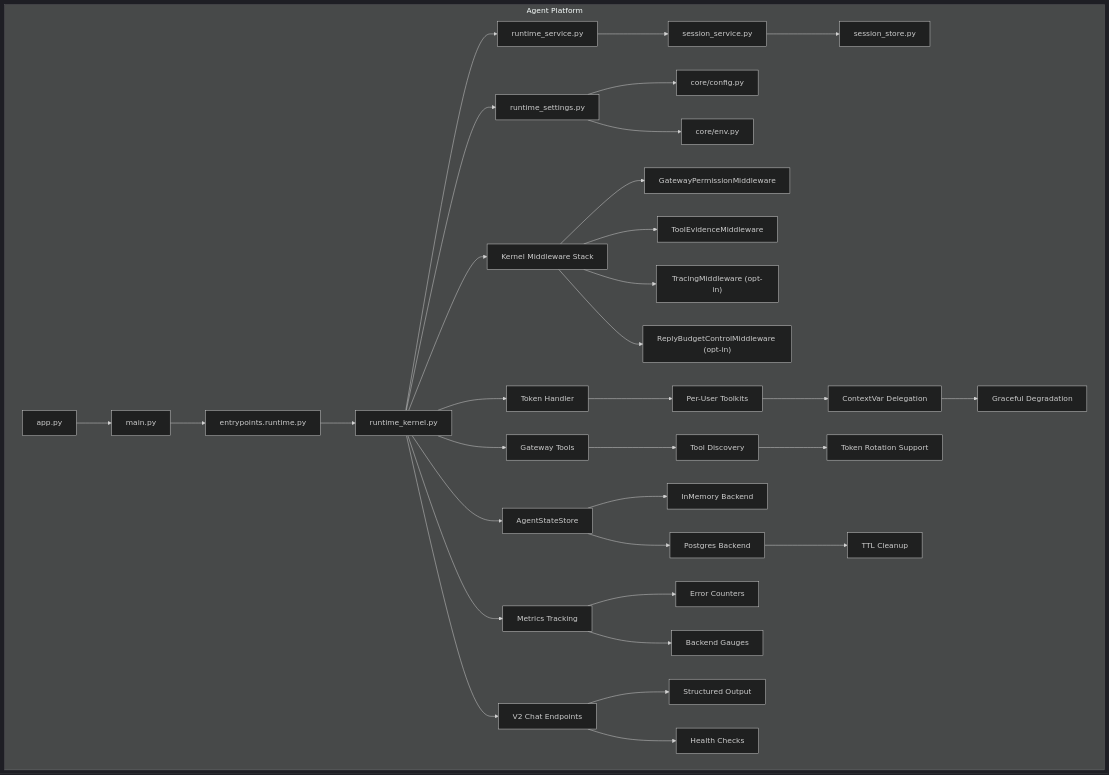
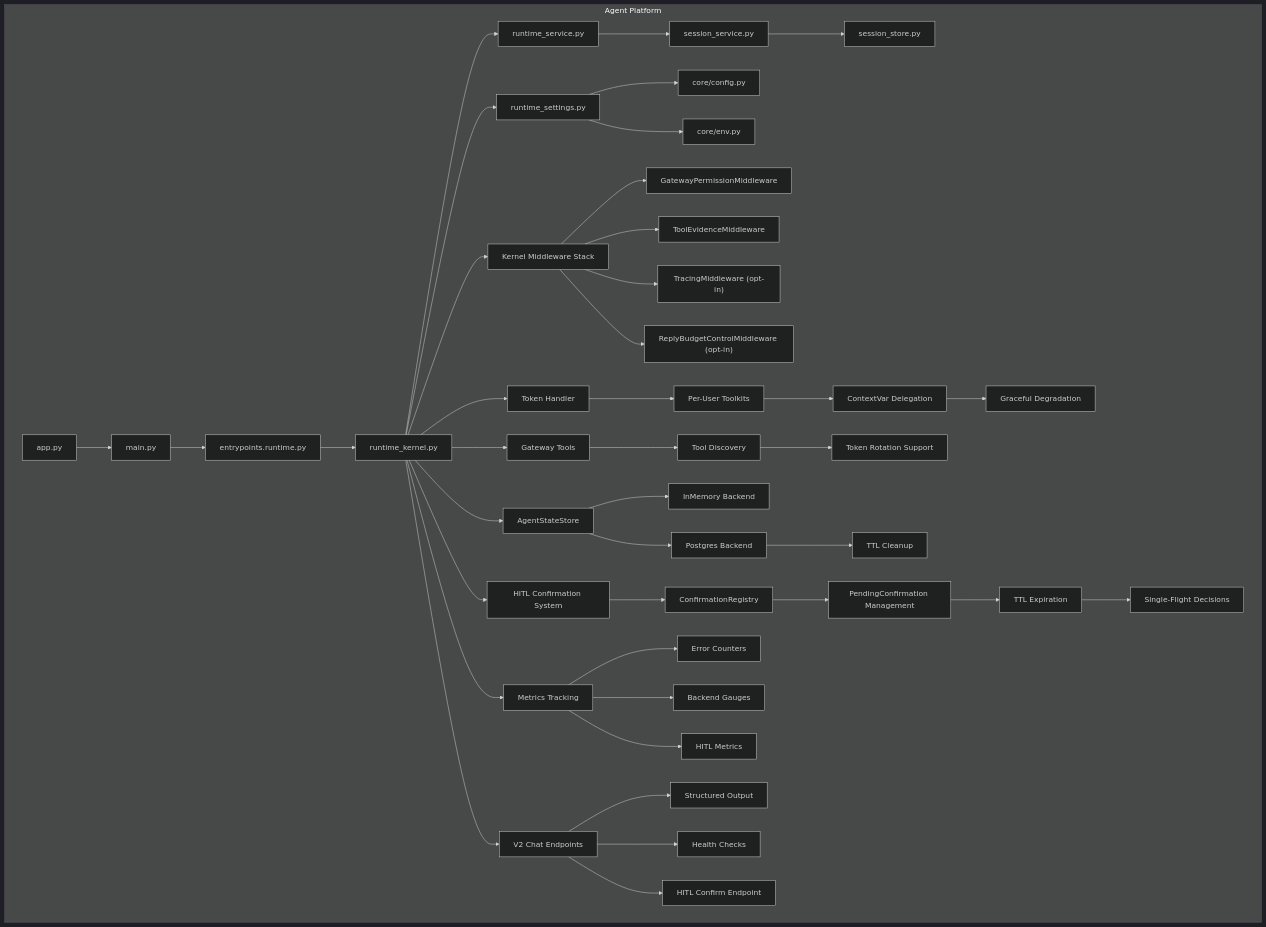
One commit to metasync/luban-aiops changed the first of 4 diagrams in .qoder/repowiki/en/content/Agent Platform Service/Runtime Kernel and Agent Lifecycle.md. Above: the diagram before and after it, drawn with Mermaid (dark theme). The commit also changed other lines of this file and 24 other files, not shown here.

````diff
--- a/.qoder/repowiki/en/content/Agent Platform Service/Runtime Kernel and Agent Lifecycle.md
+++ b/.qoder/repowiki/en/content/Agent Platform Service/Runtime Kernel and Agent Lifecycle.md
@@ -55,36 +60,43 @@
 ```mermaid
 graph TB
 subgraph "Agent Platform"
 A["app.py"] --> B["main.py"]
 B --> C["entrypoints.runtime.py"]
 C --> D["runtime_kernel.py"]
 D --> E["runtime_service.py"]
 E --> F["session_service.py"]
 F --> G["session_store.py"]
 D --> H["runtime_settings.py"]
 H --> I["core/config.py"]
 H --> J["core/env.py"]
 D --> K["Kernel Middleware Stack"]
 K --> L["GatewayPermissionMiddleware"]
 K --> M["ToolEvidenceMiddleware"]
 K --> N["TracingMiddleware (opt-in)"]
 K --> O["ReplyBudgetControlMiddleware (opt-in)"]
 D --> P["Token Handler"]
 P --> Q["Per-User Toolkits"]
 Q --> R["ContextVar Delegation"]
 R --> S["Graceful Degradation"]
 D --> T["Gateway Tools"]
 T --> U["Tool Discovery"]
 U --> V["Token Rotation Support"]
 D --> W["AgentStateStore"]
 W --> X["InMemory Backend"]
 W --> Y["Postgres Backend"]
 Y --> Z["TTL Cleanup"]
-D --> AA["Metrics Tracking"]
-AA --> BB["Error Counters"]
-AA --> CC["Backend Gauges"]
-D --> DD["V2 Chat Endpoints"]
-DD --> EE["Structured Output"]
-DD --> FF["Health Checks"]
+D --> AA["HITL Confirmation System"]
+AA --> BB["ConfirmationRegistry"]
+BB --> CC["PendingConfirmation Management"]
+CC --> DD["TTL Expiration"]
+DD --> EE["Single-Flight Decisions"]
+D --> FF["Metrics Tracking"]
+FF --> GG["Error Counters"]
+FF --> HH["Backend Gauges"]
+FF --> II["HITL Metrics"]
+D --> JJ["V2 Chat Endpoints"]
+JJ --> KK["Structured Output"]
+JJ --> LL["Health Checks"]
+JJ --> MM["HITL Confirm Endpoint"]
 end
 ```
````
